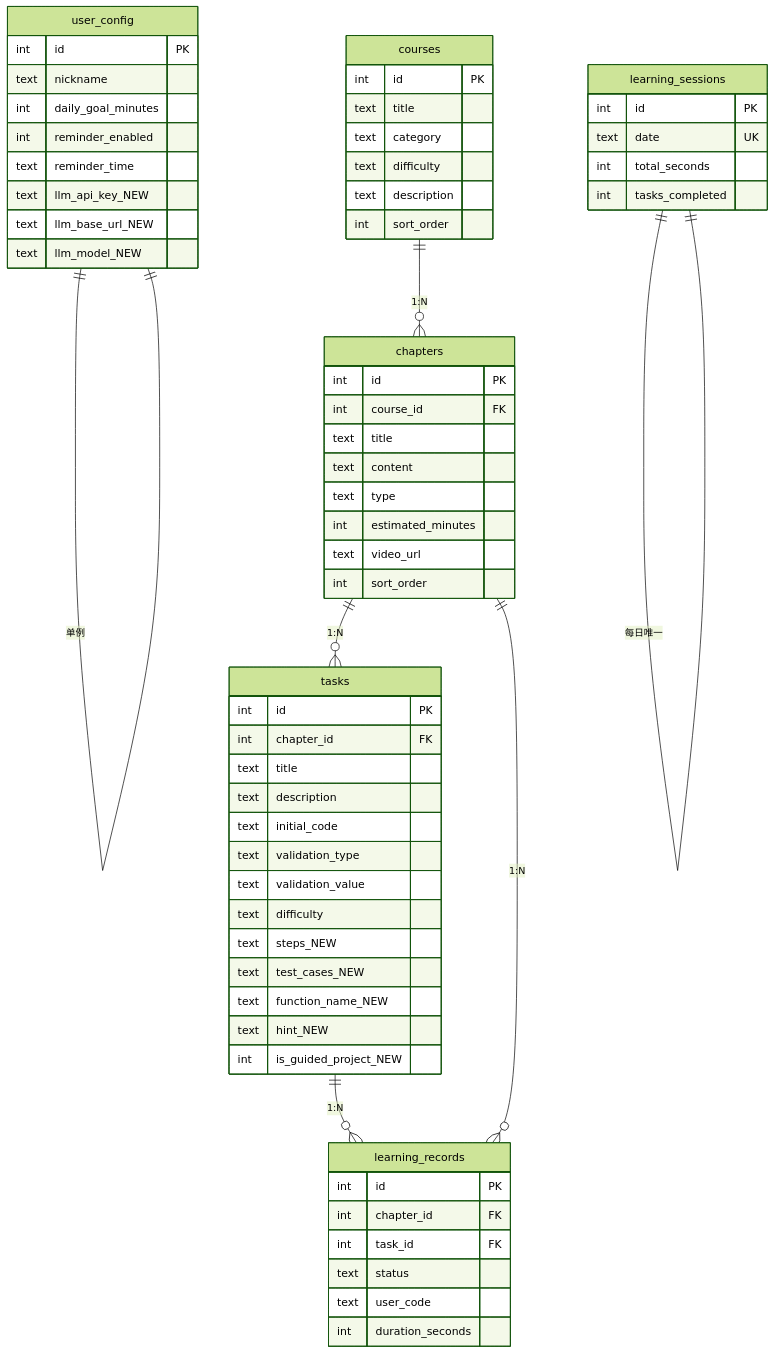
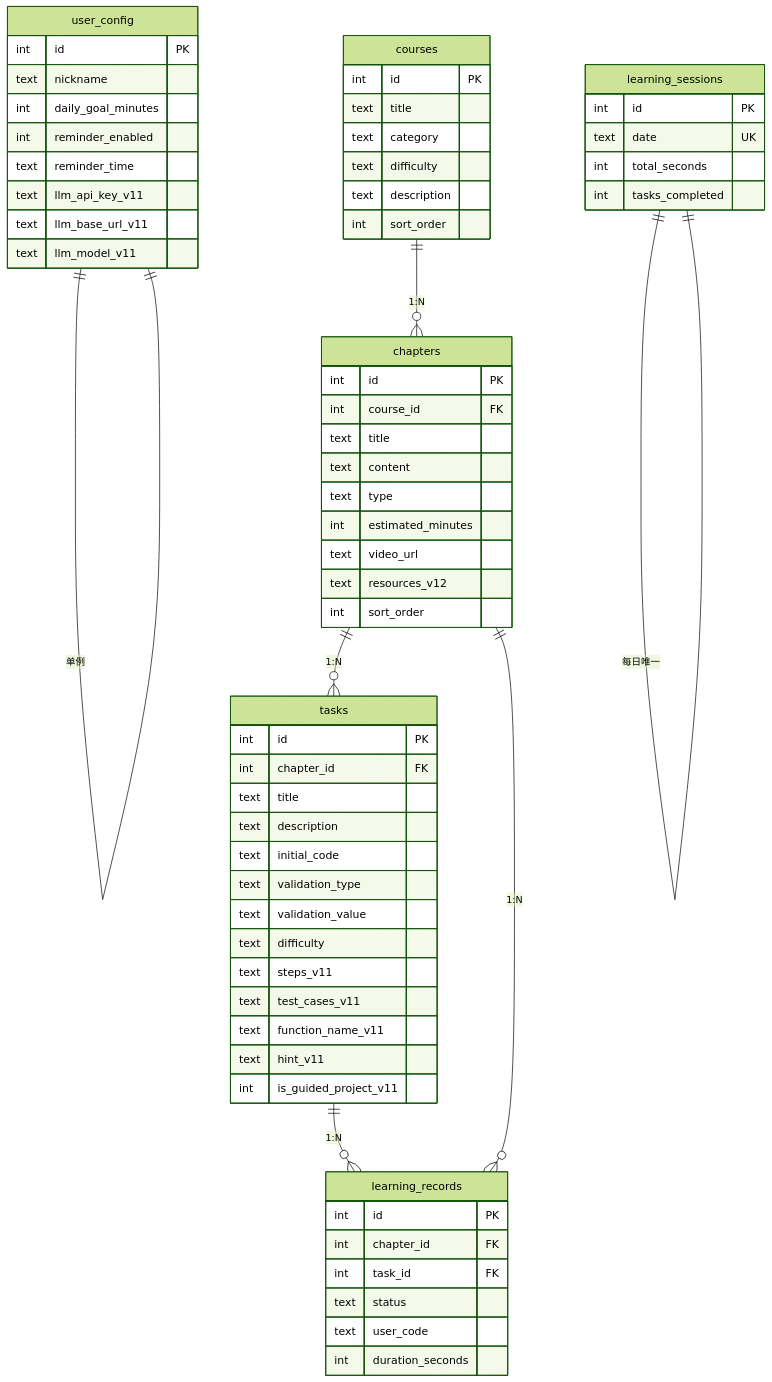
The third of 10 diagrams in 系统架构文档.md (lbh1nb/ai-agent-learner), drawn with Mermaid (forest theme) before and after one commit. The commit also changed other lines of this file and 10 other files, not shown here.

````diff
--- a/系统架构文档.md
+++ b/系统架构文档.md
@@ -308,72 +329,73 @@
 ```mermaid
 erDiagram
     courses ||--o{ chapters : "1:N"
     chapters ||--o{ tasks : "1:N"
     chapters ||--o{ learning_records : "1:N"
     tasks ||--o{ learning_records : "1:N"
     user_config ||--|| user_config : "单例"
     learning_sessions ||--|| learning_sessions : "每日唯一"
 
     courses {
         int id PK
         text title
         text category
         text difficulty
         text description
         int sort_order
     }
 
     chapters {
         int id PK
         int course_id FK
         text title
         text content
         text type
         int estimated_minutes
         text video_url
+        text resources_v12
         int sort_order
     }
 
     tasks {
         int id PK
         int chapter_id FK
         text title
         text description
         text initial_code
         text validation_type
         text validation_value
         text difficulty
-        text steps_NEW
-        text test_cases_NEW
-        text function_name_NEW
-        text hint_NEW
-        int is_guided_project_NEW
+        text steps_v11
+        text test_cases_v11
+        text function_name_v11
+        text hint_v11
+        int is_guided_project_v11
     }
 
     learning_records {
         int id PK
         int chapter_id FK
         int task_id FK
         text status
         text user_code
         int duration_seconds
     }
 
     learning_sessions {
         int id PK
         text date UK
         int total_seconds
         int tasks_completed
     }
 
     user_config {
         int id PK
         text nickname
         int daily_goal_minutes
         int reminder_enabled
         text reminder_time
-        text llm_api_key_NEW
-        text llm_base_url_NEW
-        text llm_model_NEW
+        text llm_api_key_v11
+        text llm_base_url_v11
+        text llm_model_v11
     }
 ```
````
